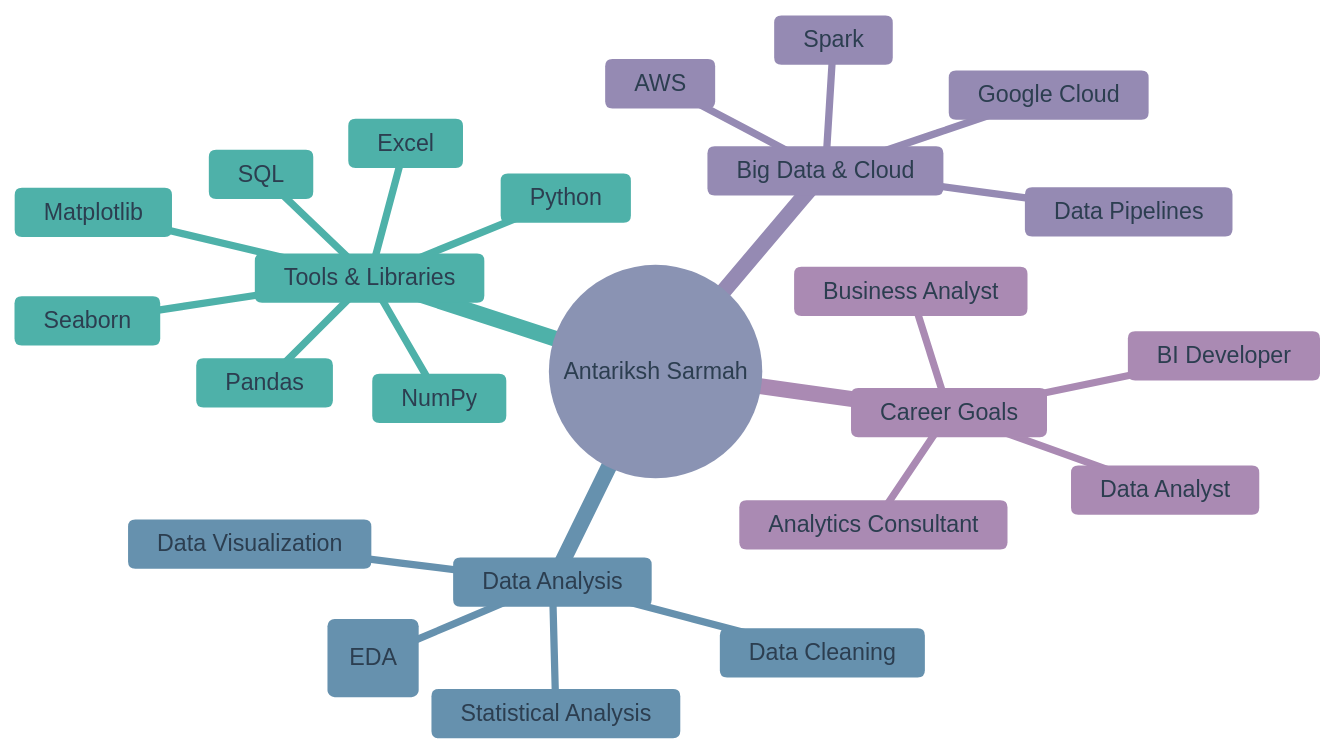
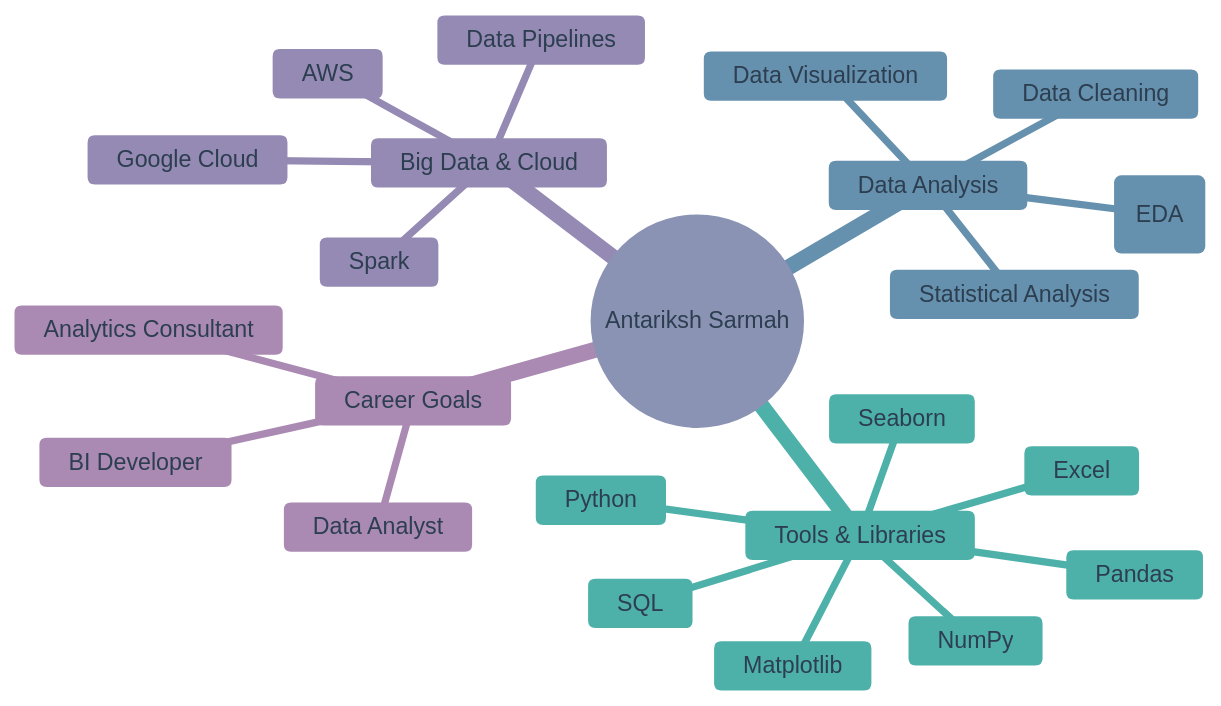
Before and after one commit to AntSpace14/AntSpace14: the diagram in README.md, drawn with Mermaid. The commit also changed other lines of this file, not shown here.

````diff
--- a/README.md
+++ b/README.md
@@ -146,42 +146,41 @@
 ```mermaid
 mindmap
   root((Antariksh Sarmah))
     Data Analysis
       Exploratory Data Analysis (EDA)
       Statistical Analysis
       Data Cleaning
       Data Visualization
     Tools & Libraries
       Python
       Pandas
       NumPy
       Matplotlib
       Seaborn
       SQL
       Excel
     Big Data & Cloud
       Spark
       AWS
       Google Cloud
       Data Pipelines
     Career Goals
       Data Analyst
-      Business Analyst
       BI Developer
       Analytics Consultant
 
 %%{init: {'theme':'base', 'themeVariables': { 
   'primaryColor': '#D7DAE5',
   'primaryTextColor': '#2C3E50',
   'primaryBorderColor': '#8EAF9D',
   'lineColor': '#A6D8D4',
   'secondaryColor': '#B9CDDA',
   'secondaryTextColor': '#2C3E50',
   'secondaryBorderColor': '#8EAF9D',
   'tertiaryColor': '#A6D8D4',
   'tertiaryTextColor': '#2C3E50',
   'tertiaryBorderColor': '#8EAF9D',
   'nodeBorder': '#8EAF9D',
   'nodeTextColor': '#2C3E50'
 }}}%%
 ```
````
